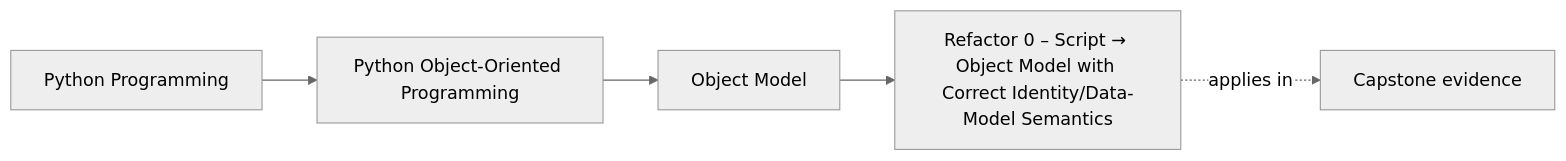
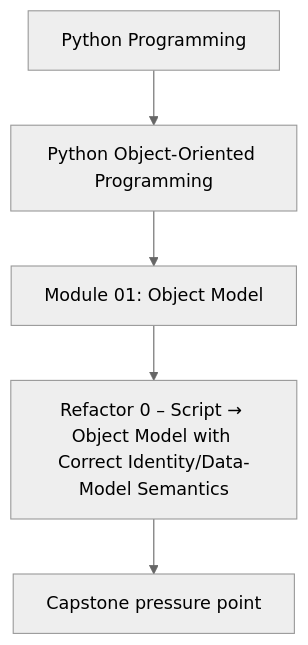
The first of 2 diagrams in programs/python-programming/python-object-oriented-programming/course-book/module-01-object-model/refactor-script-to-object-model.md (bijux/bijux-masterclass), drawn with Mermaid (neutral theme) before and after one commit. The commit also changed other lines of this file and 107 other files, not shown here.

Commit message:
docs(python-object-oriented-programming): align concept page diagrams

````diff
--- a/programs/python-programming/python-object-oriented-programming/course-book/module-01-object-model/refactor-script-to-object-model.md
+++ b/programs/python-programming/python-object-oriented-programming/course-book/module-01-object-model/refactor-script-to-object-model.md
@@ -7,11 +7,7 @@
 ```mermaid
-graph LR
-  family["Python Programming"]
-  program["Python Object-Oriented Programming"]
-  section["Object Model"]
-  page["Refactor 0 – Script → Object Model with Correct Identity/Data-Model Semantics"]
-  capstone["Capstone evidence"]
-
-  family --> program --> section --> page
-  page -.applies in.-> capstone
+flowchart TD
+  family["Python Programming"] --> program["Python Object-Oriented Programming"]
+  program --> module["Module 01: Object Model"]
+  module --> concept["Refactor 0 – Script → Object Model with Correct Identity/Data-Model Semantics"]
+  concept --> capstone["Capstone pressure point"]
 ```
````
